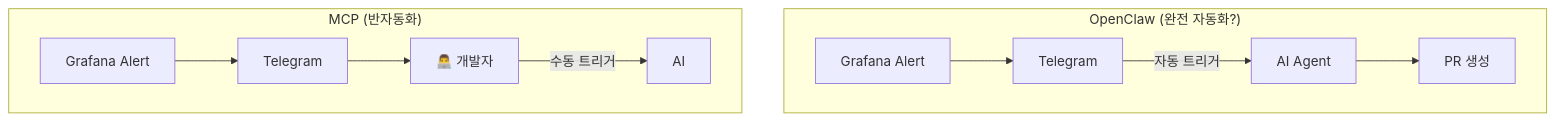
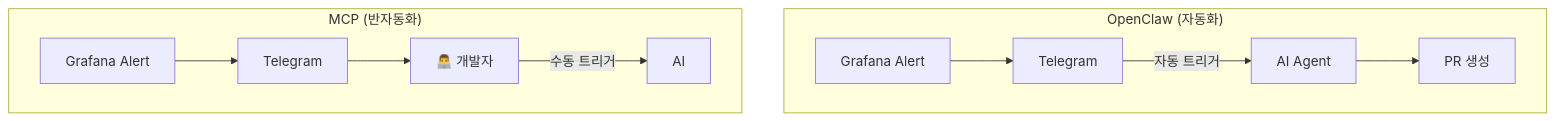
Before and after one commit to 12OneTwo12/12OneTwo12.github.io: the third of 6 diagrams in content/blog/trends/openclaw-error-autopilot.ko.md, drawn with Mermaid. The commit also changed other lines of this file and 1 other file, not shown here.

Commit message:
docs: openclaw 에러 처리 자동화 글 완전 자동화 단어 제거

````diff
--- a/content/blog/trends/openclaw-error-autopilot.ko.md
+++ b/content/blog/trends/openclaw-error-autopilot.ko.md
@@ -161,14 +161,14 @@
 ```mermaid
 flowchart TB
-    subgraph After["OpenClaw (완전 자동화?)"]
+    subgraph After["OpenClaw (자동화)"]
         Alert2["Grafana Alert"] --> TG2["Telegram"]
         TG2 -->|"자동 트리거"| AI2["AI Agent"]
         AI2 --> PR["PR 생성"]
     end
 
     subgraph Before["MCP (반자동화)"]
         Alert1["Grafana Alert"] --> TG1["Telegram"]
         TG1 --> Human1["👨‍💻 개발자"]
         Human1 -->|"수동 트리거"| AI1["AI"]
     end
 ```
````
